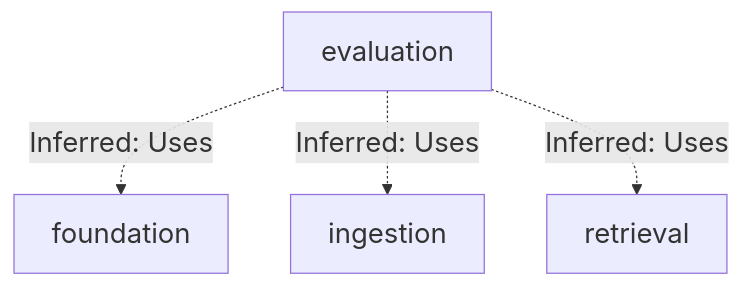
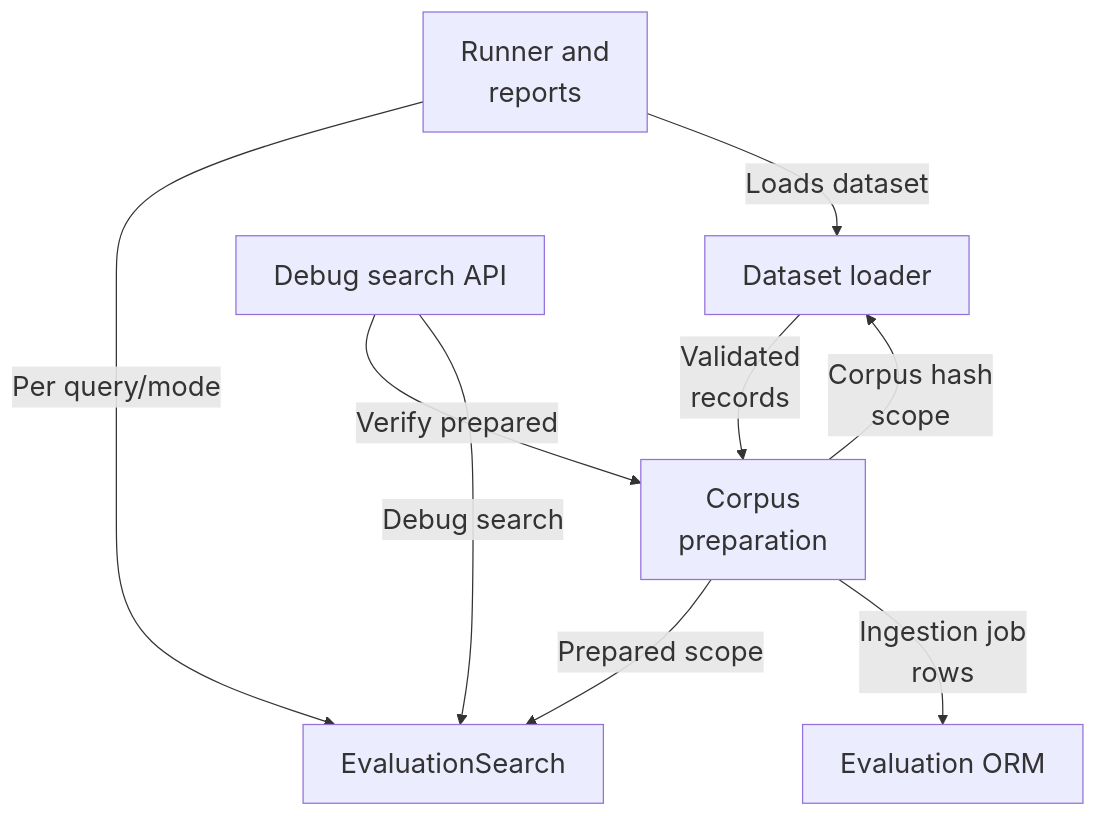
The diagram in overview/diagram-02.mmd (Justin-Mendoza/Afterclass), drawn with Mermaid before and after one commit. The commit also changed 88 other files, not shown here.

```diff
--- a/overview/diagram-02.mmd
+++ b/overview/diagram-02.mmd
@@ -1,9 +1,16 @@
 %%{init: {"themeVariables": {"fontSize": "22px"}}}%%
 flowchart TD
-  n0["evaluation"]
-  n1["foundation"]
-  n2["ingestion"]
-  n3["retrieval"]
-  n0 -.->|"Inferred: Uses"| n1
-  n0 -.->|"Inferred: Uses"| n2
-  n0 -.->|"Inferred: Uses"| n3
+  n0["Dataset loader"]
+  n1["Corpus<br/>preparation"]
+  n2["EvaluationSearch"]
+  n3["Runner and<br/>reports"]
+  n4["Debug search API"]
+  n5["Evaluation ORM"]
+  n0 -->|"Validated<br/>records"| n1
+  n1 -->|"Prepared scope"| n2
+  n3 -->|"Per query/mode"| n2
+  n3 -->|"Loads dataset"| n0
+  n4 -->|"Verify prepared"| n1
+  n4 -->|"Debug search"| n2
+  n1 -->|"Ingestion job<br/>rows"| n5
+  n1 -->|"Corpus hash<br/>scope"| n0
```
